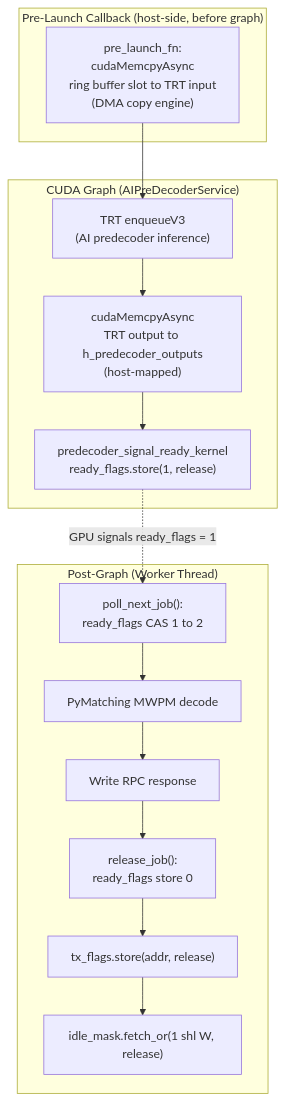
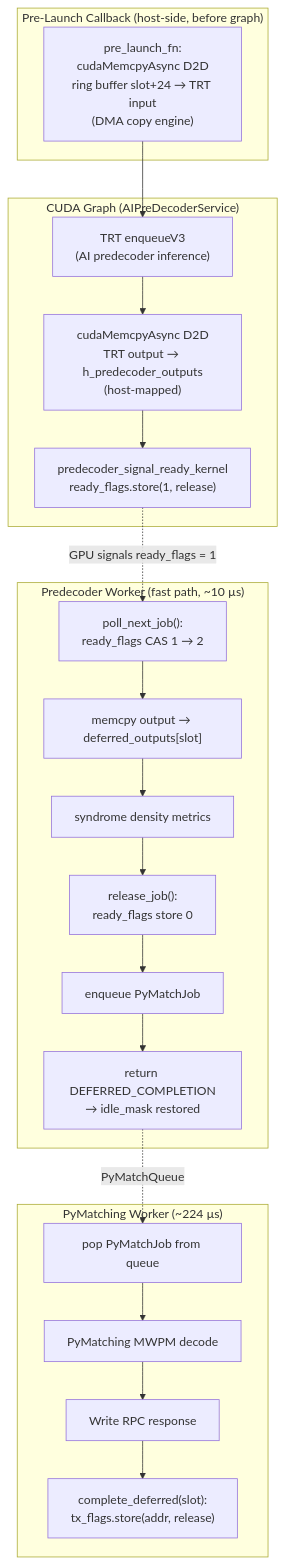
Before and after one commit to wsttiger/cudaqx: the fifth of 8 diagrams in docs/realtime_pipeline_architecture.md, drawn with Mermaid. The commit also changed other lines of this file and 5 other files, not shown here.

First line of the commit message:
Decouple PyMatching workers from predecoder workers and update docs

````diff
--- a/docs/realtime_pipeline_architecture.md
+++ b/docs/realtime_pipeline_architecture.md
@@ -264,24 +306,33 @@
 ```mermaid
 flowchart TD
     subgraph "CUDA Graph (AIPreDecoderService)"
-        A["TRT enqueueV3<br>(AI predecoder inference)"] --> B["cudaMemcpyAsync<br>TRT output to h_predecoder_outputs<br>(host-mapped)"]
+        A["TRT enqueueV3<br>(AI predecoder inference)"] --> B["cudaMemcpyAsync D2D<br>TRT output → h_predecoder_outputs<br>(host-mapped)"]
         B --> C["predecoder_signal_ready_kernel<br>ready_flags.store(1, release)"]
     end
 
     subgraph "Pre-Launch Callback (host-side, before graph)"
-        P["pre_launch_fn:<br>cudaMemcpyAsync<br>ring buffer slot to TRT input<br>(DMA copy engine)"]
+        P["pre_launch_fn:<br>cudaMemcpyAsync D2D<br>ring buffer slot+24 → TRT input<br>(DMA copy engine)"]
     end
 
-    subgraph "Post-Graph (Worker Thread)"
-        D["poll_next_job():<br>ready_flags CAS 1 to 2"]
-        E["PyMatching MWPM decode"]
-        F["Write RPC response"]
+    subgraph "Predecoder Worker (fast path, ~10 µs)"
+        D["poll_next_job():<br>ready_flags CAS 1 → 2"]
+        E["memcpy output → deferred_outputs[slot]"]
+        F["syndrome density metrics"]
         G["release_job():<br>ready_flags store 0"]
-        H["tx_flags.store(addr, release)"]
-        I["idle_mask.fetch_or(1 shl W, release)"]
+        H["enqueue PyMatchJob"]
+        I["return DEFERRED_COMPLETION<br>→ idle_mask restored"]
         D --> E --> F --> G --> H --> I
+    end
+
+    subgraph "PyMatching Worker (~224 µs)"
+        J["pop PyMatchJob from queue"]
+        K["PyMatching MWPM decode"]
+        L["Write RPC response"]
+        M["complete_deferred(slot):<br>tx_flags.store(addr, release)"]
+        J --> K --> L --> M
     end
 
     P --> A
     C -.->|"GPU signals ready_flags = 1"| D
+    I -.->|"PyMatchQueue"| J
 ```
````
